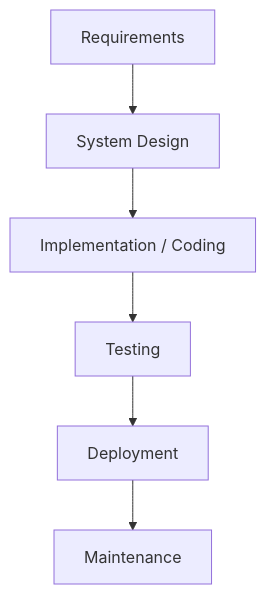
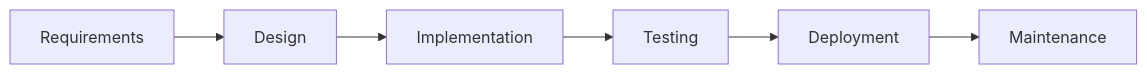
Before and after one commit to Ajay120503/ST_Notes: the second of 12 diagrams in README.md, drawn with Mermaid. The commit also changed other lines of this file, not shown here.

````diff
--- a/README.md
+++ b/README.md
@@ -55,8 +70,4 @@
 ```mermaid
-flowchart TD
-    A[Requirements] --> B[System Design]
-    B --> C[Implementation / Coding]
-    C --> D[Testing]
-    D --> E[Deployment]
-    E --> F[Maintenance]
+flowchart LR
+    A["Requirements"] --> B["Design"] --> C["Implementation"] --> D["Testing"] --> E["Deployment"] --> F["Maintenance"]
 ```
````
